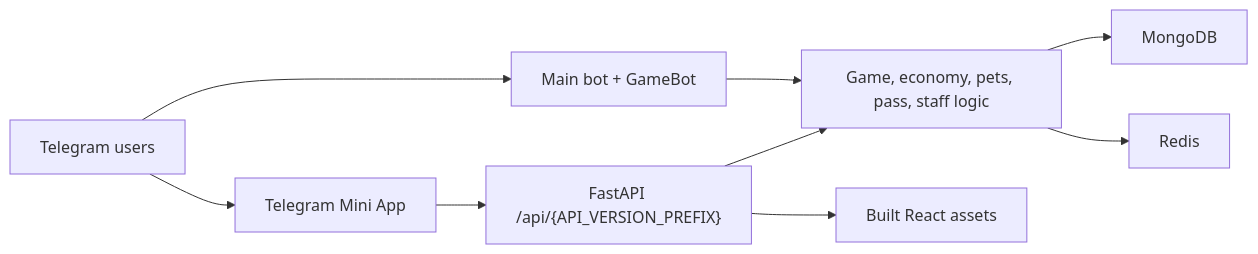
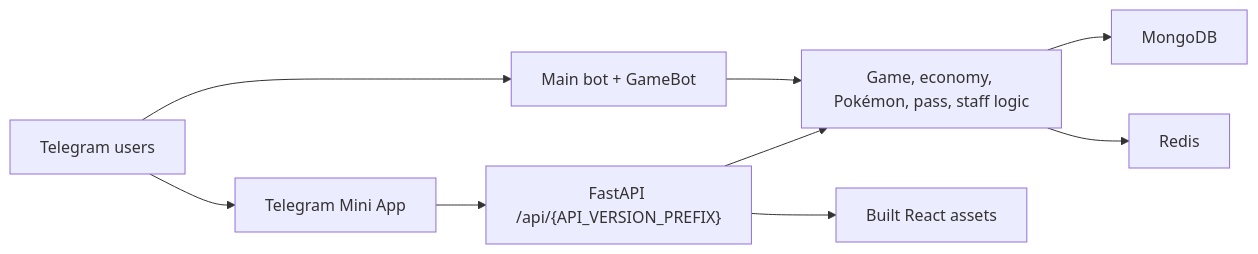
The diagram in README.md (bisug/seal-your-waifu-bot), drawn with Mermaid before and after one commit. The commit also changed other lines of this file and 3 other files, not shown here.

````diff
--- a/README.md
+++ b/README.md
@@ -27,11 +27,11 @@
 ```mermaid
 flowchart LR
   Telegram["Telegram users"] --> Bots["Main bot + GameBot"]
   Telegram --> MiniApp["Telegram Mini App"]
   MiniApp --> API["FastAPI /api/{API_VERSION_PREFIX}"]
-  Bots --> Core["Game, economy, pets, pass, staff logic"]
+  Bots --> Core["Game, economy, Pokémon, pass, staff logic"]
   API --> Core
   Core --> Mongo["MongoDB"]
   Core --> Redis["Redis"]
   API --> Static["Built React assets"]
 ```
````
